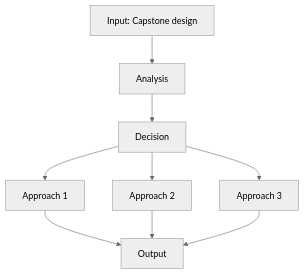
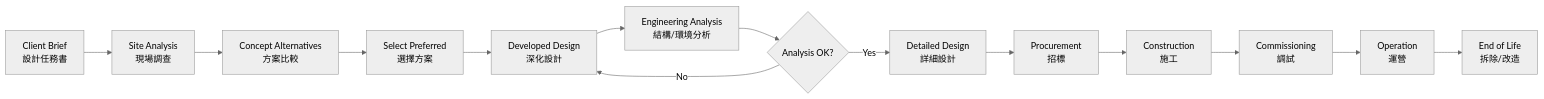
One commit to yip-lgtm/civil-bootcamp changed the first of 10 diagrams in MIT_CEE_GDRs/1.013_Senior_CEE_Design_Capstone.md. Above: the diagram before and after it, drawn with Mermaid (neutral theme). The commit also changed other lines of this file and 18 other files, not shown here.

````diff
--- a/MIT_CEE_GDRs/1.013_Senior_CEE_Design_Capstone.md
+++ b/MIT_CEE_GDRs/1.013_Senior_CEE_Design_Capstone.md
@@ -91,11 +112,16 @@
 ```mermaid
-graph TD
-    A[Input: Capstone design] --> B[Analysis]
-    B --> C[Decision]
-    C --> D[Approach 1]
-    C --> E[Approach 2]
-    C --> F[Approach 3]
-    D --> G[Output]
-    E --> G
-    F --> G
+flowchart LR
+    A[Client Brief<br/>設計任務書] --> B[Site Analysis<br/>現場調查]
+    B --> C[Concept Alternatives<br/>方案比較]
+    C --> D[Select Preferred<br/>選擇方案]
+    D --> E[Developed Design<br/>深化設計]
+    E --> F[Engineering Analysis<br/>結構/環境分析]
+    F --> G{Analysis OK?}
+    G -->|No| E
+    G -->|Yes| H[Detailed Design<br/>詳細設計]
+    H --> I[Procurement<br/>招標]
+    I --> J[Construction<br/>施工]
+    J --> K[Commissioning<br/>調試]
+    K --> L[Operation<br/>運營]
+    L --> M[End of Life<br/>拆除/改造]
 ```
````
